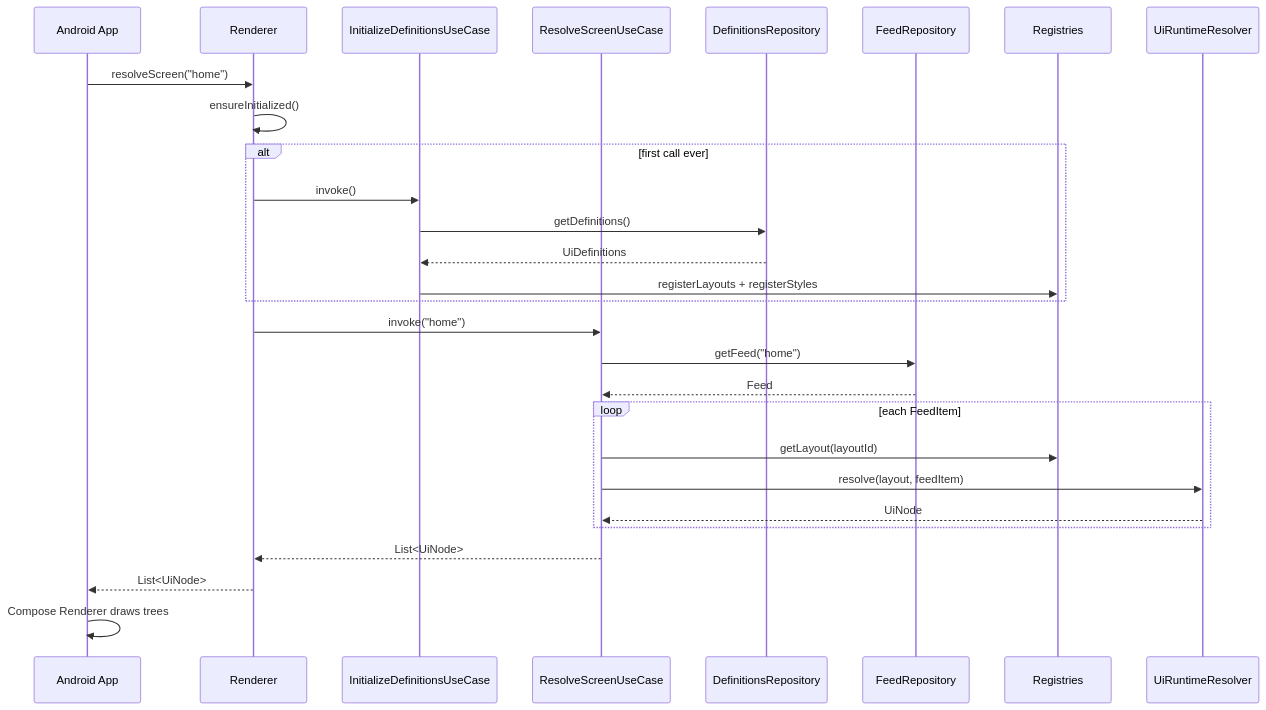
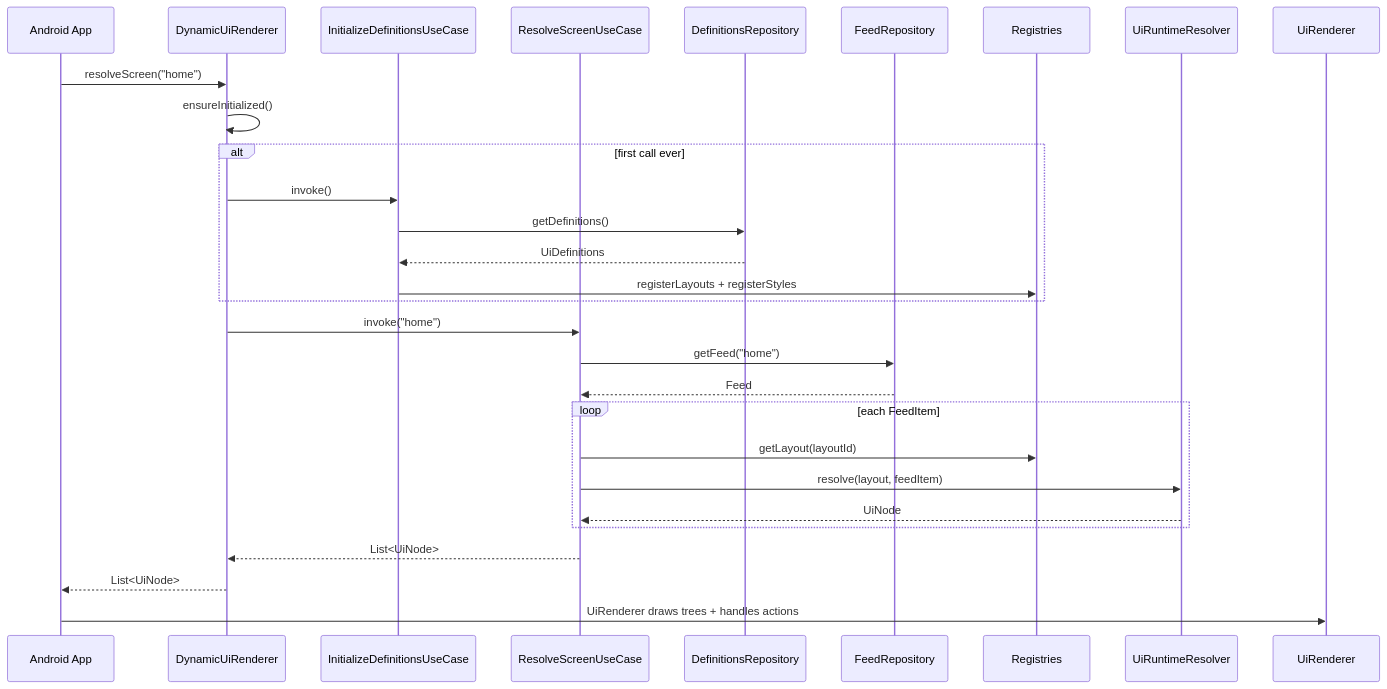
The second of 2 diagrams in docs/renderer-flow.md (AnantSingh08/DynamicUiRenderer), drawn with Mermaid before and after one commit. The commit also changed other lines of this file and 9 other files, not shown here.

````diff
--- a/docs/renderer-flow.md
+++ b/docs/renderer-flow.md
@@ -58,35 +58,36 @@
 ```mermaid
 sequenceDiagram
     participant App as Android App
-    participant R as Renderer
+    participant R as DynamicUiRenderer
     participant Init as InitializeDefinitionsUseCase
     participant Resolve as ResolveScreenUseCase
     participant DefRepo as DefinitionsRepository
     participant FeedRepo as FeedRepository
     participant Reg as Registries
     participant Res as UiRuntimeResolver
+    participant UI as UiRenderer
 
     App->>R: resolveScreen("home")
     R->>R: ensureInitialized()
 
     alt first call ever
         R->>Init: invoke()
         Init->>DefRepo: getDefinitions()
         DefRepo-->>Init: UiDefinitions
         Init->>Reg: registerLayouts + registerStyles
     end
 
     R->>Resolve: invoke("home")
     Resolve->>FeedRepo: getFeed("home")
     FeedRepo-->>Resolve: Feed
 
     loop each FeedItem
         Resolve->>Reg: getLayout(layoutId)
         Resolve->>Res: resolve(layout, feedItem)
         Res-->>Resolve: UiNode
     end
 
     Resolve-->>R: List<UiNode>
     R-->>App: List<UiNode>
-    App->>App: Compose Renderer draws trees
+    App->>UI: UiRenderer draws trees + handles actions
 ```
````
